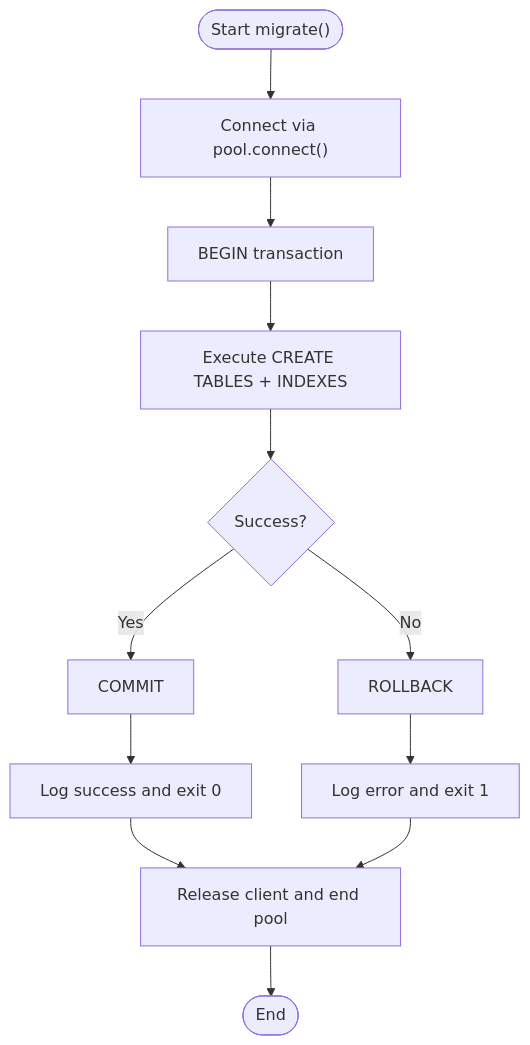
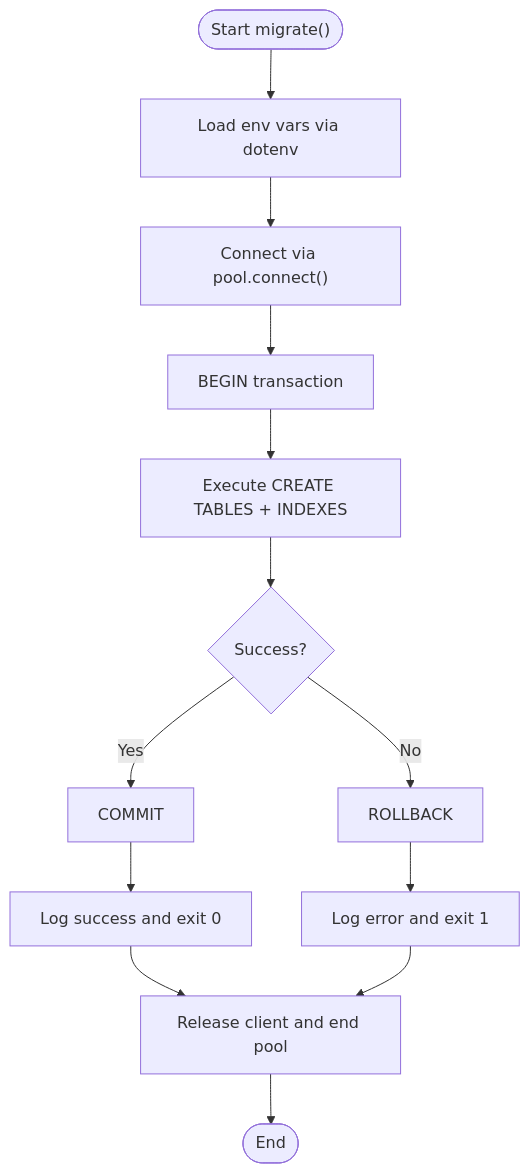
One commit to RunTimeAdmin/AgentID changed the third of 4 diagrams in .qoder/repowiki/en/content/Database Design/Migration System.md. Above: the diagram before and after it, drawn with Mermaid. The commit also changed other lines of this file and 24 other files, not shown here.

````diff
--- a/.qoder/repowiki/en/content/Database Design/Migration System.md
+++ b/.qoder/repowiki/en/content/Database Design/Migration System.md
@@ -138,14 +158,15 @@
 ```mermaid
 flowchart TD
-Start(["Start migrate()"]) --> Connect["Connect via pool.connect()"]
+Start(["Start migrate()"]) --> LoadEnv["Load env vars via dotenv"]
+LoadEnv --> Connect["Connect via pool.connect()"]
 Connect --> Begin["BEGIN transaction"]
 Begin --> Exec["Execute CREATE TABLES + INDEXES"]
 Exec --> Commit{"Success?"}
 Commit --> |Yes| DoCommit["COMMIT"]
 DoCommit --> LogOk["Log success and exit 0"]
 Commit --> |No| DoRollback["ROLLBACK"]
 DoRollback --> LogErr["Log error and exit 1"]
 LogOk --> Release["Release client and end pool"]
 LogErr --> Release
 Release --> End(["End"])
 ```
````
